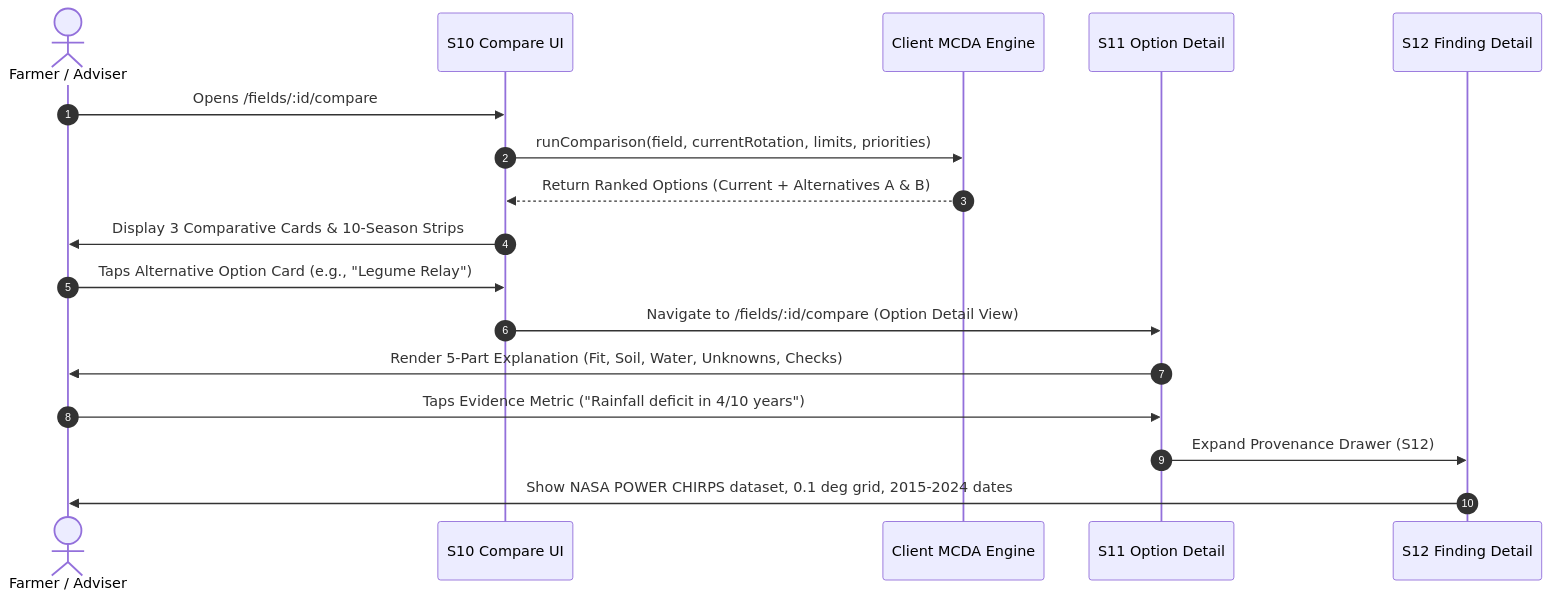
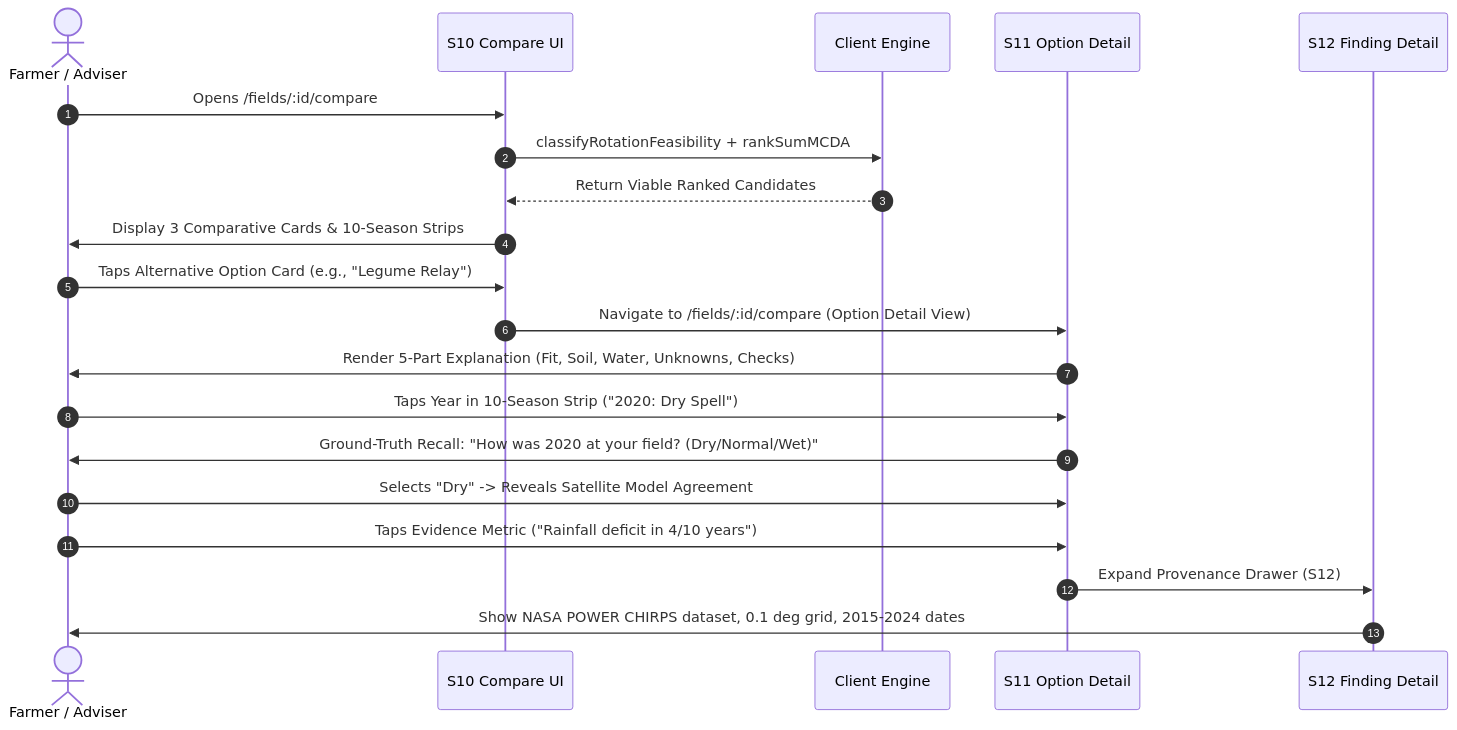
The third of 6 diagrams in docs/SCREEN_FLOWS.md (wintkhantlin/NasaFarmingApp), drawn with Mermaid before and after one commit. The commit also changed other lines of this file and 82 other files, not shown here.

````diff
--- a/docs/SCREEN_FLOWS.md
+++ b/docs/SCREEN_FLOWS.md
@@ -147,22 +183,26 @@
 ```mermaid
 sequenceDiagram
     autonumber
     actor Farmer as Farmer / Adviser
     participant UI as S10 Compare UI
-    participant Engine as Client MCDA Engine
+    participant Engine as Client Engine
     participant Detail as S11 Option Detail
     participant Evid as S12 Finding Detail
 
     Farmer->>UI: Opens /fields/:id/compare
-    UI->>Engine: runComparison(field, currentRotation, limits, priorities)
-    Engine-->>UI: Return Ranked Options (Current + Alternatives A & B)
+    UI->>Engine: classifyRotationFeasibility + rankSumMCDA
+    Engine-->>UI: Return Viable Ranked Candidates
     UI->>Farmer: Display 3 Comparative Cards & 10-Season Strips
     
     Farmer->>UI: Taps Alternative Option Card (e.g., "Legume Relay")
     UI->>Detail: Navigate to /fields/:id/compare (Option Detail View)
     Detail->>Farmer: Render 5-Part Explanation (Fit, Soil, Water, Unknowns, Checks)
     
+    Farmer->>Detail: Taps Year in 10-Season Strip ("2020: Dry Spell")
+    Detail->>Farmer: Ground-Truth Recall: "How was 2020 at your field? (Dry/Normal/Wet)"
+    Farmer->>Detail: Selects "Dry" -> Reveals Satellite Model Agreement
+    
     Farmer->>Detail: Taps Evidence Metric ("Rainfall deficit in 4/10 years")
     Detail->>Evid: Expand Provenance Drawer (S12)
     Evid->>Farmer: Show NASA POWER CHIRPS dataset, 0.1 deg grid, 2015-2024 dates
 ```
````
